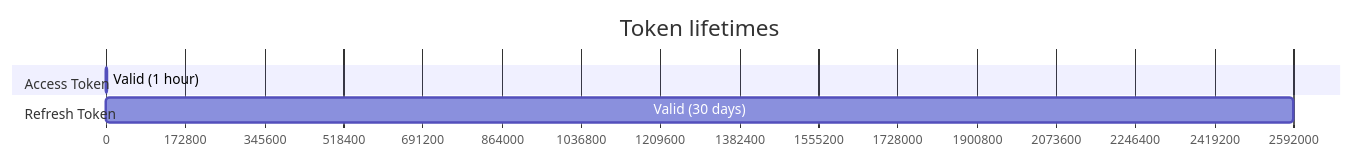
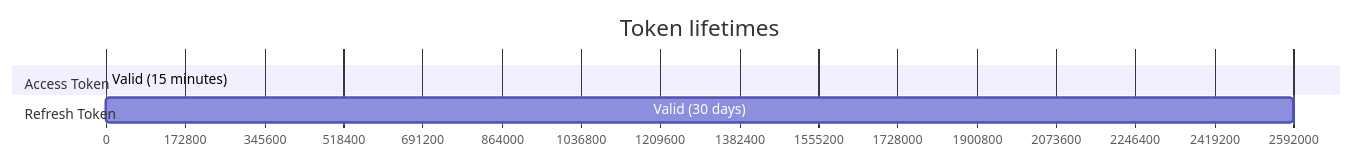
One commit to lokesh-7977/FindFlat changed the fifth of 5 diagrams in AUTH.md. Above: the diagram before and after it, drawn with Mermaid. The commit also changed other lines of this file and 2 other files, not shown here.

First line of the commit message:
security: reduce access token expiry from 1h to 15 minutes

````diff
--- a/AUTH.md
+++ b/AUTH.md
@@ -170,12 +170,12 @@
 ```mermaid
 gantt
     title Token lifetimes
     dateFormat  X
     axisFormat  %s
 
     section Access Token
-    Valid (1 hour)     : 0, 3600
+    Valid (15 minutes)     : 0, 900
 
     section Refresh Token
     Valid (30 days)    : 0, 2592000
 ```
````
